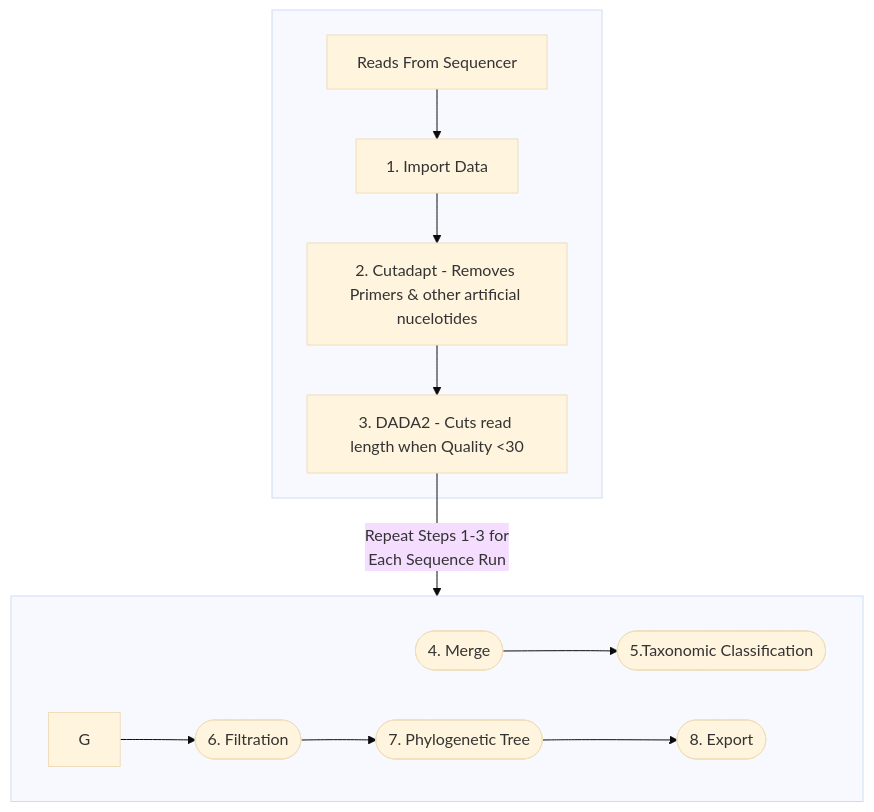
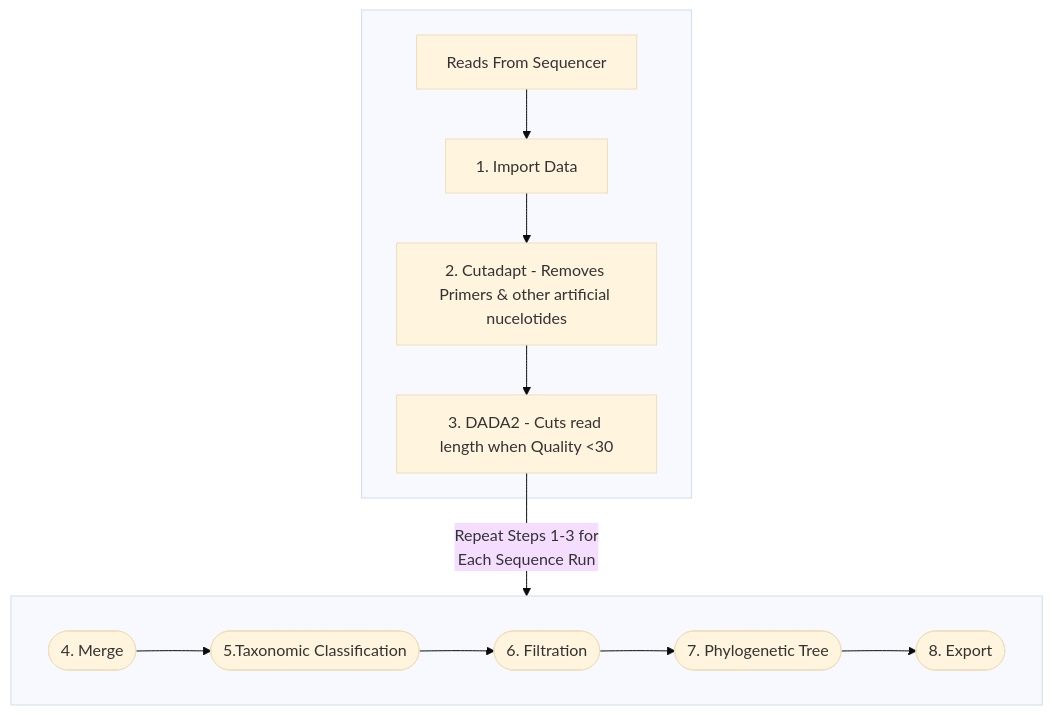
One commit to nmacknight/16s_OfavSCTLD changed the diagram in Qiime2/Qiime2 Pipeline.md. Above: the diagram before and after it, drawn with Mermaid (base theme).

Commit message:
Update Qiime2 Pipeline.md

````diff
--- a/Qiime2/Qiime2 Pipeline.md
+++ b/Qiime2/Qiime2 Pipeline.md
@@ -10,17 +10,17 @@
 ```mermaid
 flowchart TD
 	subgraph  
 		A[Reads From Sequencer]-->B[ 1. Import Data];
 		B -->C[2. Cutadapt - Removes Primers & other artificial nucelotides];
 		C-->D[3. DADA2 - Cuts read length when Quality <30];
 	end
 	subgraph  
 		direction LR
 		D--Repeat Steps 1-3 for<br/>Each Sequence Run-->E([4. Merge]);
 		E-->F([5.Taxonomic Classification]);
-		G-->H([6. Filtration]);
-		H-->I([7. Phylogenetic Tree]);
-		I-->J([8. Export]);
+		F-->G([6. Filtration]);
+		G-->H([7. Phylogenetic Tree]);
+		H-->I([8. Export]);
 	end
 
 ```
````
